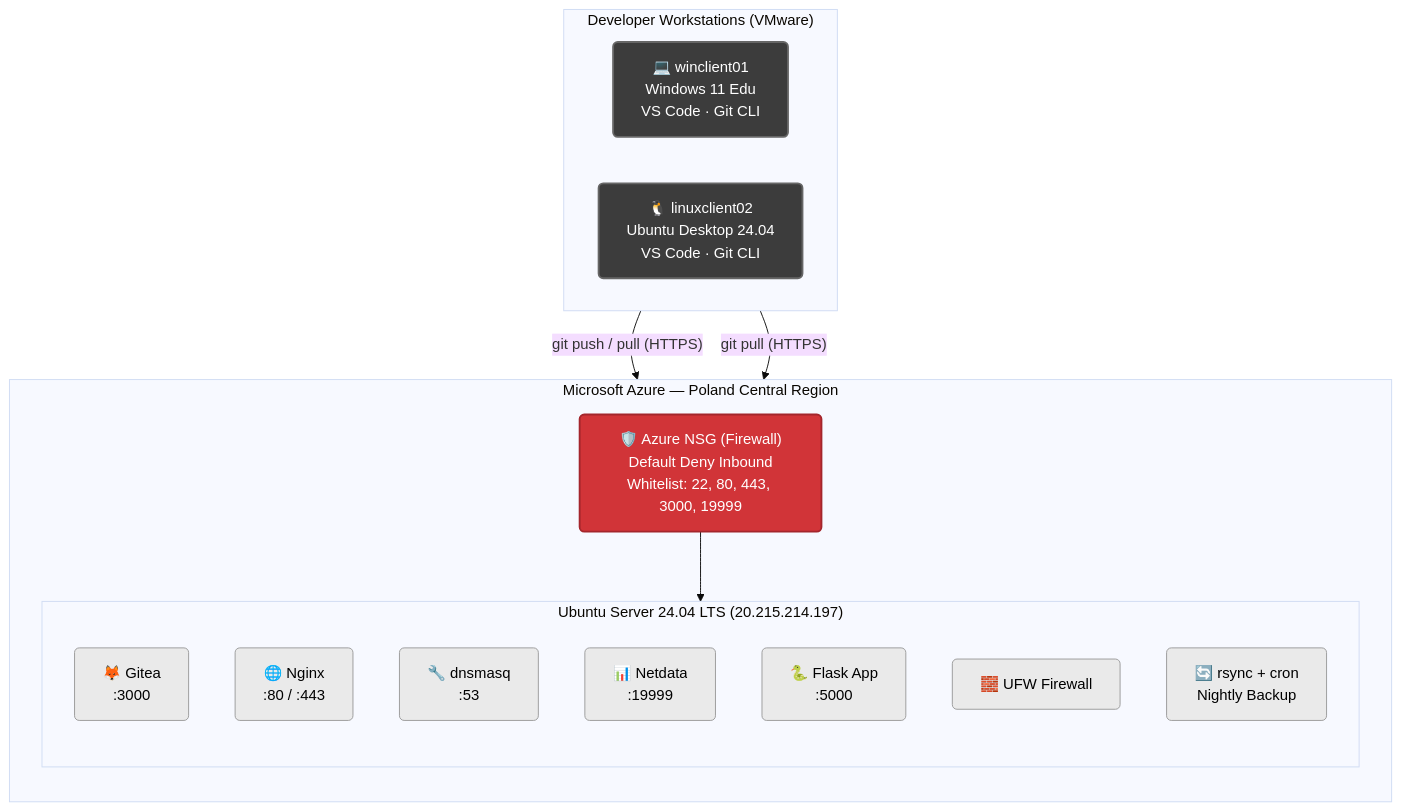
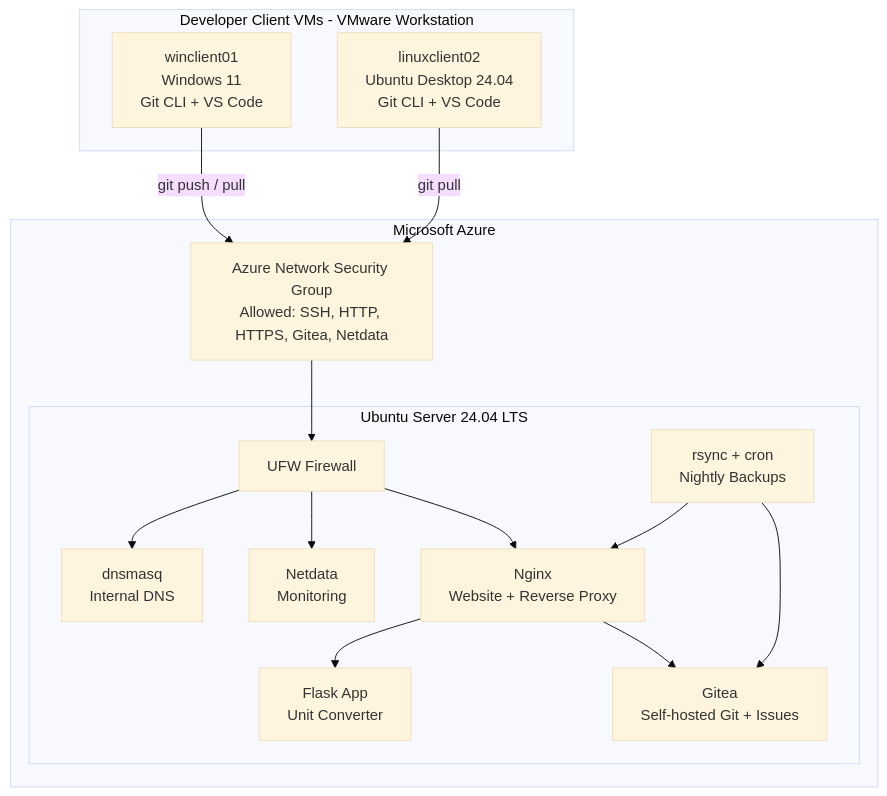
One commit to Rekh-225/devlab-development-environment changed the diagram in README.md. Above: the diagram before and after it, drawn with Mermaid (base theme). The commit also changed other lines of this file, not shown here.

````diff
--- a/README.md
+++ b/README.md
@@ -44,35 +40,32 @@
 ```mermaid
 flowchart TD
-    %% Define styles
-    classDef vm fill:#2B2B2B,stroke:#555,stroke-width:2px,color:#FFF,rx:5px,ry:5px;
-    classDef azure fill:#0072C6,stroke:#005A9E,stroke-width:2px,color:#FFF,rx:5px,ry:5px;
-    classDef service fill:#EAEAEA,stroke:#999,stroke-width:1px,color:#000,rx:5px,ry:5px;
-    classDef workstation fill:#3C3C3C,stroke:#666,stroke-width:2px,color:#FFF,rx:5px,ry:5px;
-    classDef firewall fill:#D13438,stroke:#A4262C,stroke-width:2px,color:#FFF,rx:5px,ry:5px;
-
-    subgraph Workstations ["Developer Workstations (VMware)"]
-        direction LR
-        W1["💻 winclient01<br>Windows 11 Edu<br>VS Code · Git CLI"]:::workstation
-        W2["🐧 linuxclient02<br>Ubuntu Desktop 24.04<br>VS Code · Git CLI"]:::workstation
+    subgraph Clients["Developer Client VMs - VMware Workstation"]
+        W1["winclient01<br/>Windows 11<br/>Git CLI + VS Code"]
+        W2["linuxclient02<br/>Ubuntu Desktop 24.04<br/>Git CLI + VS Code"]
     end
 
-    subgraph Azure ["Microsoft Azure — Poland Central Region"]
-        direction TB
-        NSG["🛡️ Azure NSG (Firewall)<br>Default Deny Inbound<br>Whitelist: 22, 80, 443, 3000, 19999"]:::firewall
-        
-        subgraph Ubuntu ["Ubuntu Server 24.04 LTS (20.215.214.197)"]
-            direction TB
-            S1["🦊 Gitea<br>:3000"]:::service
-            S2["🌐 Nginx<br>:80 / :443"]:::service
-            S3["🔧 dnsmasq<br>:53"]:::service
-            S4["📊 Netdata<br>:19999"]:::service
-            S5["🐍 Flask App<br>:5000"]:::service
-            S6["🧱 UFW Firewall"]:::service
-            S7["🔄 rsync + cron<br>Nightly Backup"]:::service
+    subgraph Azure["Microsoft Azure"]
+        NSG["Azure Network Security Group<br/>Allowed: SSH, HTTP, HTTPS, Gitea, Netdata"]
+
+        subgraph Server["Ubuntu Server 24.04 LTS"]
+            UFW["UFW Firewall"]
+            NGINX["Nginx<br/>Website + Reverse Proxy"]
+            GITEA["Gitea<br/>Self-hosted Git + Issues"]
+            FLASK["Flask App<br/>Unit Converter"]
+            DNS["dnsmasq<br/>Internal DNS"]
+            NETDATA["Netdata<br/>Monitoring"]
+            BACKUP["rsync + cron<br/>Nightly Backups"]
         end
-        NSG --> Ubuntu
     end
 
-    W1 -- "git push / pull (HTTPS)" --> NSG
-    W2 -- "git pull (HTTPS)" --> NSG
+    W1 -->|"git push / pull"| NSG
+    W2 -->|"git pull"| NSG
+    NSG --> UFW
+    UFW --> NGINX
+    NGINX --> GITEA
+    NGINX --> FLASK
+    UFW --> NETDATA
+    UFW --> DNS
+    BACKUP --> GITEA
+    BACKUP --> NGINX
 ```
````
